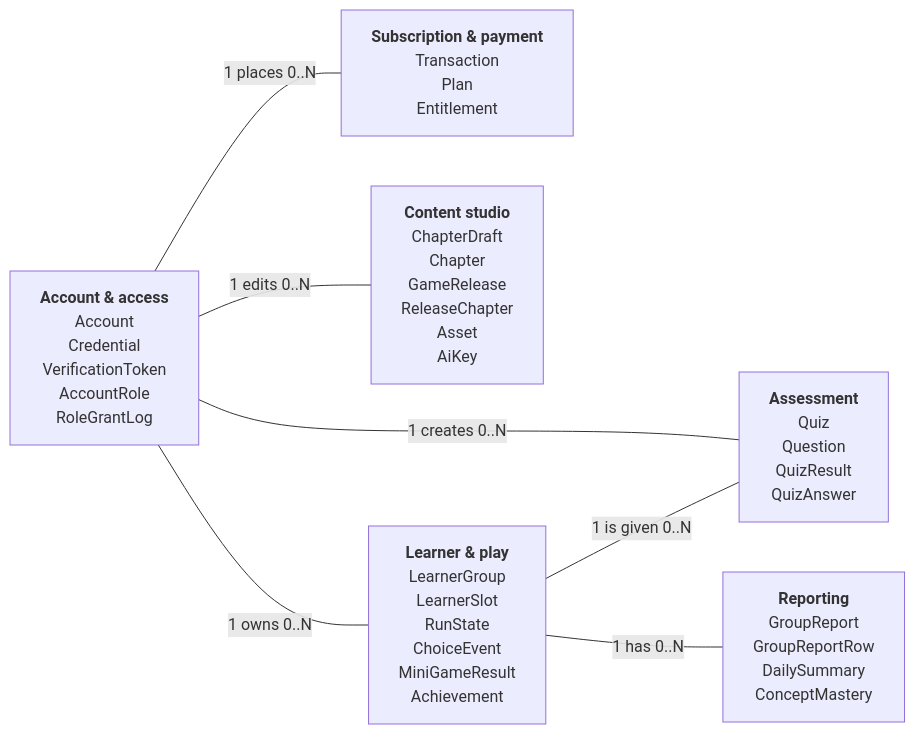
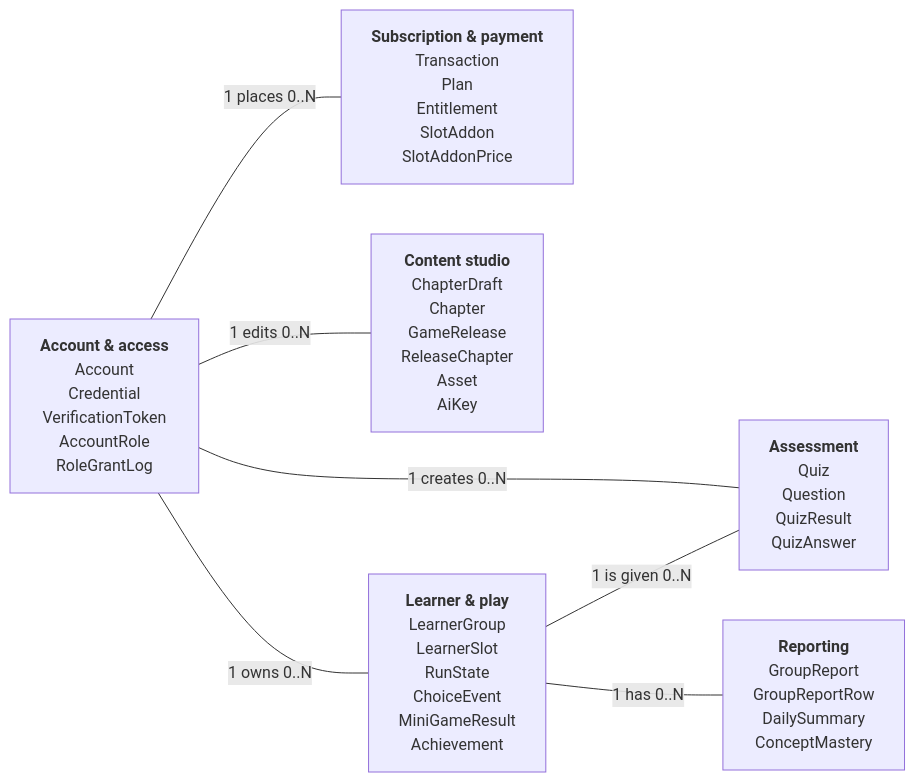
Before and after one commit to NamHungBBB1/do-an-BE: the first of 10 diagrams in docs/diagrams/erd.md, drawn with Mermaid. The commit also changed other lines of this file, not shown here.

First line of the commit message:
docs(erd): them SlotAddon/SlotAddonPrice vao so do cluster va quan he

````diff
--- a/docs/diagrams/erd.md
+++ b/docs/diagrams/erd.md
@@ -12,15 +12,15 @@
 ```mermaid
 flowchart LR
-    pay["<b>Subscription & payment</b><br/>Transaction<br/>Plan<br/>Entitlement"]
+    pay["<b>Subscription & payment</b><br/>Transaction<br/>Plan<br/>Entitlement<br/>SlotAddon<br/>SlotAddonPrice"]
     acc["<b>Account & access</b><br/>Account<br/>Credential<br/>VerificationToken<br/>AccountRole<br/>RoleGrantLog"]
     con["<b>Content studio</b><br/>ChapterDraft<br/>Chapter<br/>GameRelease<br/>ReleaseChapter<br/>Asset<br/>AiKey"]
     rep["<b>Reporting</b><br/>GroupReport<br/>GroupReportRow<br/>DailySummary<br/>ConceptMastery"]
     lrn["<b>Learner & play</b><br/>LearnerGroup<br/>LearnerSlot<br/>RunState<br/>ChoiceEvent<br/>MiniGameResult<br/>Achievement"]
     asm["<b>Assessment</b><br/>Quiz<br/>Question<br/>QuizResult<br/>QuizAnswer"]
     acc ---|"1 places 0..N"| pay
     acc ---|"1 edits 0..N"| con
     acc ---|"1 creates 0..N"| asm
     acc ---|"1 owns 0..N"| lrn
     lrn ---|"1 is given 0..N"| asm
     lrn ---|"1 has 0..N"| rep
 ```
````
